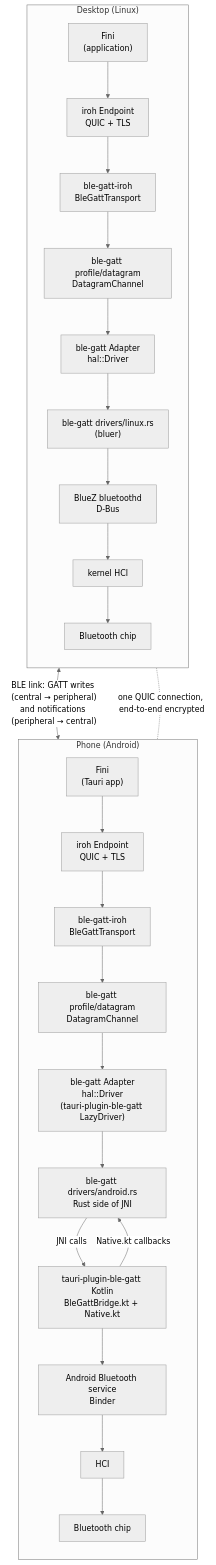
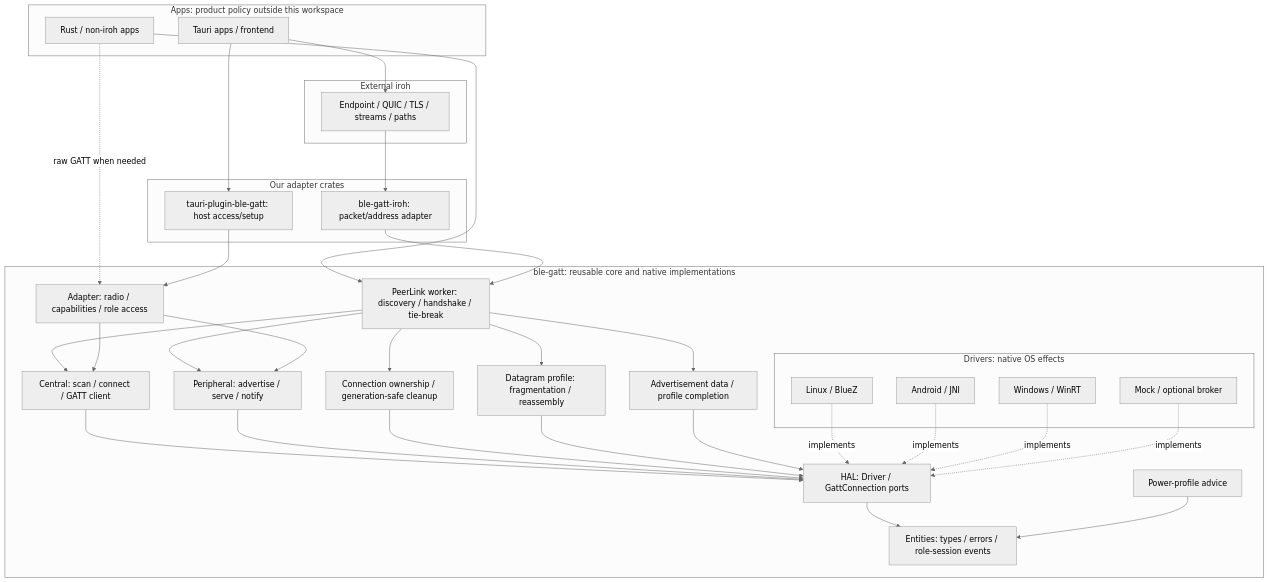
Before and after one commit to VRuzhentsov/ble-gatt: the diagram in docs/architecture.md, drawn with Mermaid (neutral theme). The commit also changed other lines of this file and 124 other files, not shown here.

First line of the commit message:
Windows WinRT driver and Nearby-inspired core design (ADR-0011, ADR-0012) (#38)

````diff
--- a/docs/architecture.md
+++ b/docs/architecture.md
@@ -154,37 +39,57 @@
 ```mermaid
 flowchart TB
-    subgraph desktop["Desktop (Linux)"]
-        direction TB
-        dApp["Fini<br/>(application)"]
-        dIroh["iroh Endpoint<br/>QUIC + TLS"]
-        dTransport["ble-gatt-iroh<br/>BleGattTransport"]
-        dDatagram["ble-gatt profile/datagram<br/>DatagramChannel"]
-        dAdapter["ble-gatt Adapter<br/>hal::Driver"]
-        dDriver["ble-gatt drivers/linux.rs<br/>(bluer)"]
-        dBluez["BlueZ bluetoothd<br/>D-Bus"]
-        dHci["kernel HCI"]
-        dChip["Bluetooth chip"]
-        dApp --> dIroh --> dTransport --> dDatagram --> dAdapter --> dDriver --> dBluez --> dHci --> dChip
+    subgraph apps["Apps: product policy outside this workspace"]
+        direct["Rust / non-iroh apps"]
+        tauriApp["Tauri apps / frontend"]
     end
-
-    subgraph phone["Phone (Android)"]
-        direction TB
-        pApp["Fini<br/>(Tauri app)"]
-        pIroh["iroh Endpoint<br/>QUIC + TLS"]
-        pTransport["ble-gatt-iroh<br/>BleGattTransport"]
-        pDatagram["ble-gatt profile/datagram<br/>DatagramChannel"]
-        pAdapter["ble-gatt Adapter<br/>hal::Driver<br/>(tauri-plugin-ble-gatt LazyDriver)"]
-        pDriver["ble-gatt drivers/android.rs<br/>Rust side of JNI"]
-        pKotlin["tauri-plugin-ble-gatt Kotlin<br/>BleGattBridge.kt + Native.kt"]
-        pStack["Android Bluetooth service<br/>Binder"]
-        pHci["HCI"]
-        pChip["Bluetooth chip"]
-        pApp --> pIroh --> pTransport --> pDatagram --> pAdapter --> pDriver
-        pDriver -- "JNI calls" --> pKotlin
-        pKotlin -- "Native.kt callbacks" --> pDriver
-        pKotlin --> pStack --> pHci --> pChip
+    subgraph external["External iroh"]
+        endpoint["Endpoint / QUIC / TLS / streams / paths"]
     end
-
-    dChip <-->|"BLE link: GATT writes (central → peripheral)<br/>and notifications (peripheral → central)"| pChip
-    dIroh -.-|"one QUIC connection, end-to-end encrypted"| pIroh
+    subgraph integrations["Our adapter crates"]
+        irohAdapter["ble-gatt-iroh: packet/address adapter"]
+        tauriAdapter["tauri-plugin-ble-gatt: host access/setup"]
+    end
+    subgraph core["ble-gatt: reusable core and native implementations"]
+        peer["PeerLink worker: discovery / handshake / tie-break"]
+        adapter["Adapter: radio / capabilities / role access"]
+        central["Central: scan / connect / GATT client"]
+        peripheral["Peripheral: advertise / serve / notify"]
+        owned["Connection ownership / generation-safe cleanup"]
+        messages["Datagram profile: fragmentation / reassembly"]
+        discovery["Advertisement data / profile completion"]
+        power["Power-profile advice"]
+        hal["HAL: Driver / GattConnection ports"]
+        entities["Entities: types / errors / role-session events"]
+        subgraph drivers["Drivers: native OS effects"]
+            linux["Linux / BlueZ"]
+            android["Android / JNI"]
+            windows["Windows / WinRT"]
+            mock["Mock / optional broker"]
+        end
+    end
+    direct --> peer
+    direct -. "raw GATT when needed" .-> adapter
+    tauriApp --> tauriAdapter
+    tauriApp --> endpoint
+    endpoint --> irohAdapter
+    irohAdapter --> peer
+    tauriAdapter --> adapter
+    peer --> central
+    peer --> peripheral
+    peer --> owned
+    peer --> messages
+    peer --> discovery
+    adapter --> central
+    adapter --> peripheral
+    central --> hal
+    peripheral --> hal
+    owned --> hal
+    messages --> hal
+    discovery --> hal
+    hal --> entities
+    power --> entities
+    linux -. "implements" .-> hal
+    android -. "implements" .-> hal
+    windows -. "implements" .-> hal
+    mock -. "implements" .-> hal
 ```
````
